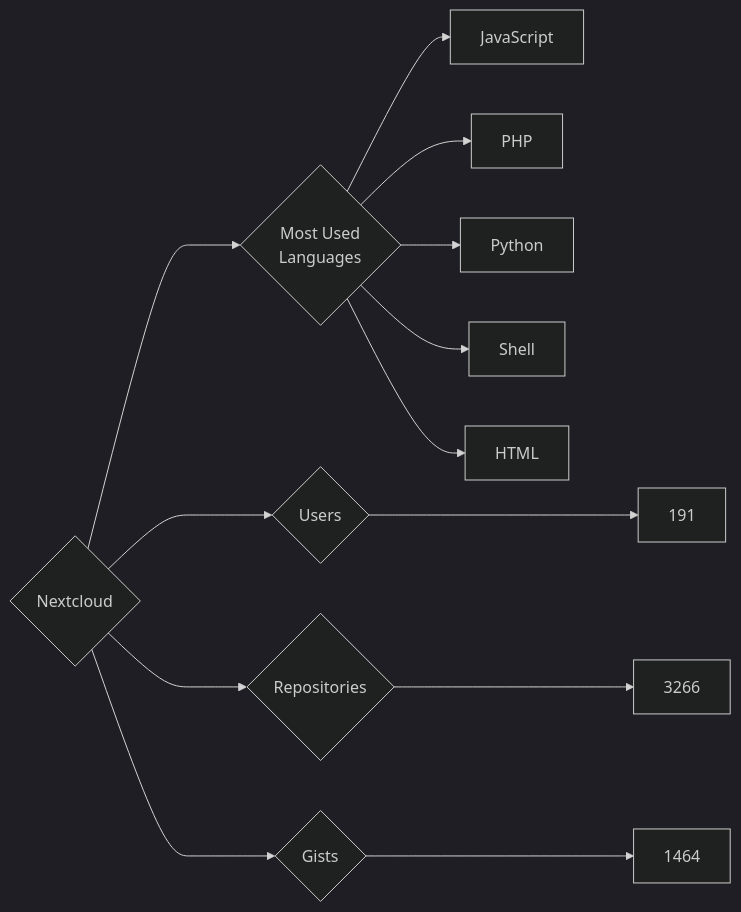
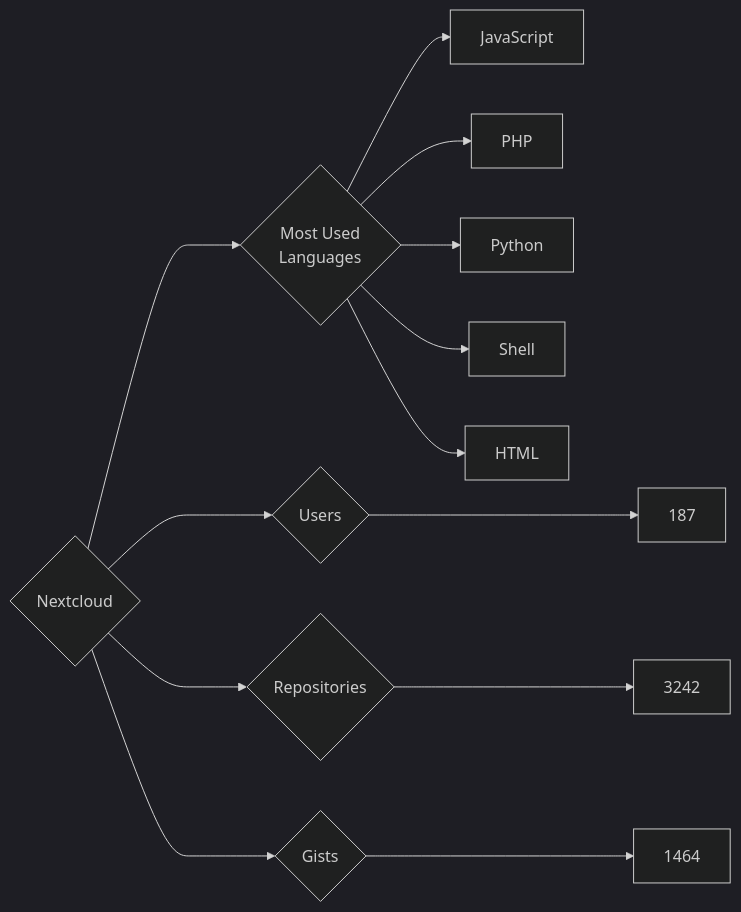
Before and after one commit to trickest/insiders: the diagram in targets/Nextcloud/README.md, drawn with Mermaid (dark theme). The commit also changed 955 other files, not shown here.

````diff
--- a/targets/Nextcloud/README.md
+++ b/targets/Nextcloud/README.md
@@ -3,13 +3,13 @@
 ```mermaid
 graph LR
 COMPANY_NAME{Nextcloud}
-COMPANY_NAME ---> U{Users} ---> UN[191]
-COMPANY_NAME ---> R{Repositories} ---> RN[3266]
+COMPANY_NAME ---> U{Users} ---> UN[187]
+COMPANY_NAME ---> R{Repositories} ---> RN[3242]
 COMPANY_NAME ---> G{Gists} ---> GN[1464]
 COMPANY_NAME ---> ML{Most Used<br>Languages}
 ML --> JavaScript[JavaScript]
 ML --> PHP[PHP]
 ML --> Python[Python]
 ML --> Shell[Shell]
 ML --> HTML[HTML]
 ```
````
